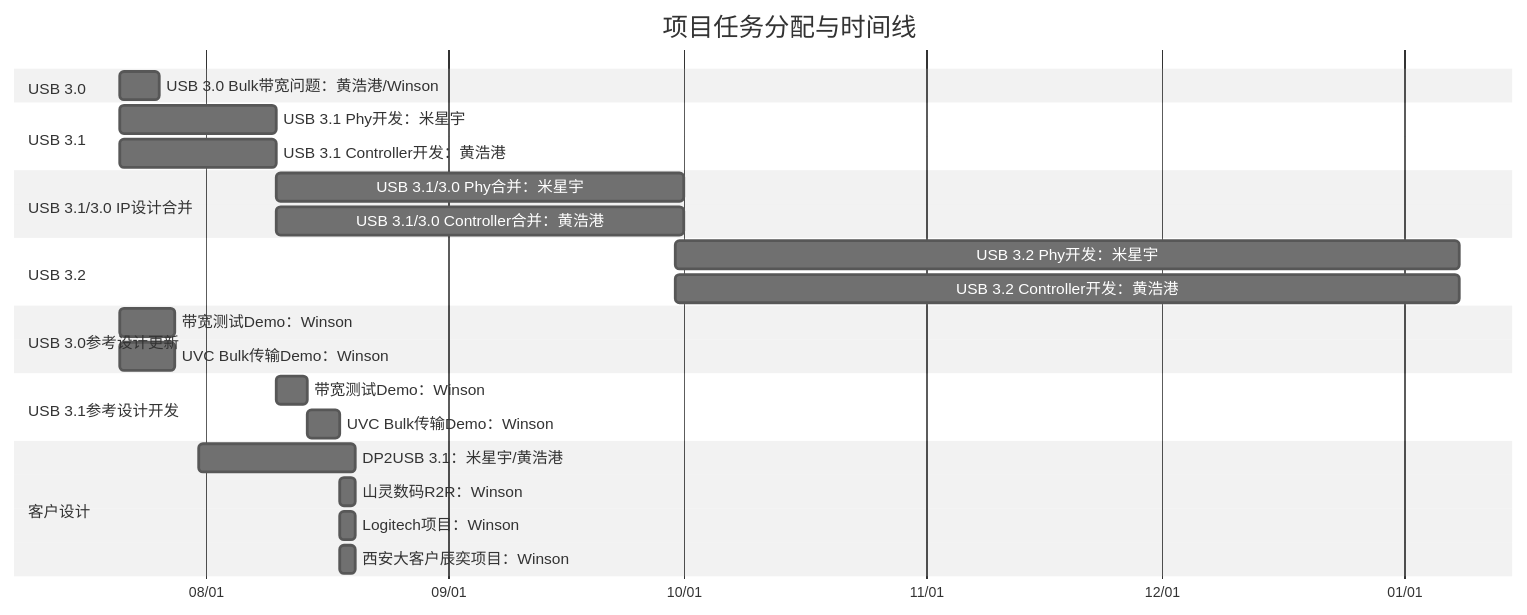
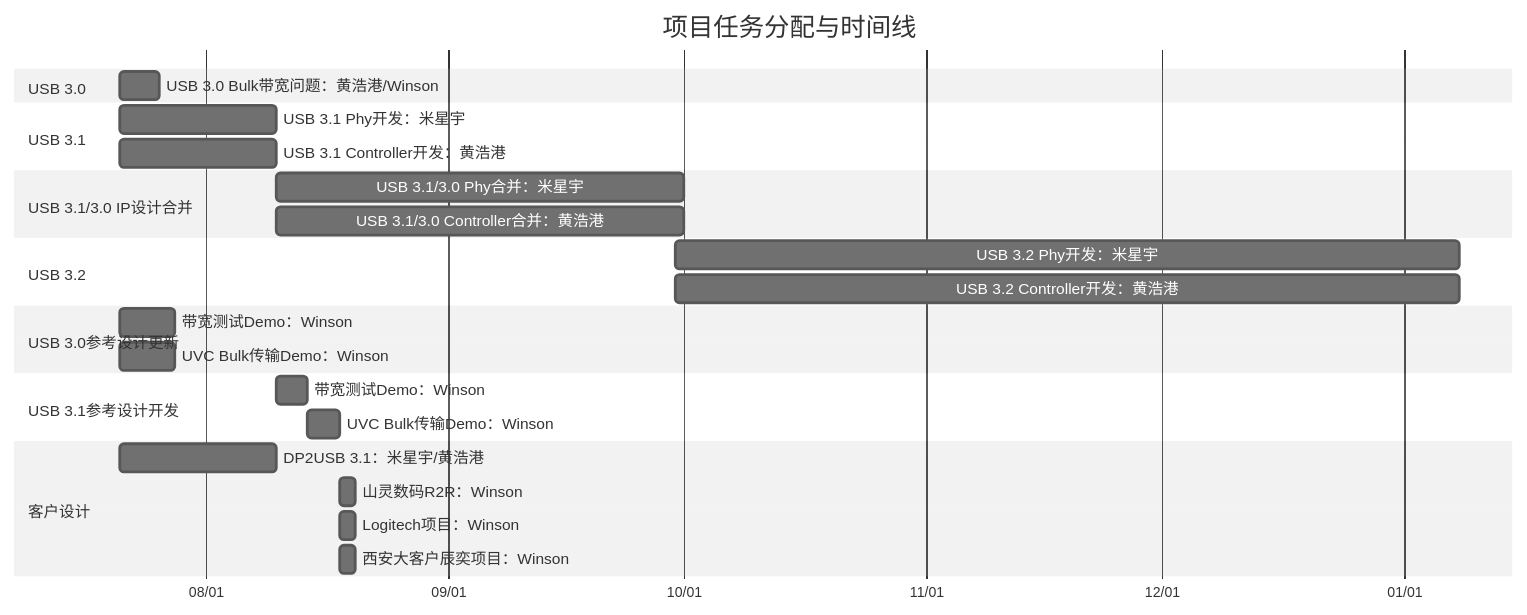
Before and after one commit to winsonbook/iodraw-files: the diagram in all/未命名.md, drawn with Mermaid (neutral theme).

Commit message:
2025-07-21 10:11:37 update

````diff
--- a/all/未命名.md
+++ b/all/未命名.md
@@ -1,35 +1,35 @@
 ```mermaid
 gantt
     title 项目任务分配与时间线
     dateFormat  YYYY-MM-DD
     axisFormat  %m/%d
 
     section USB 3.0
     USB 3.0 Bulk带宽问题：黄浩港/Winson   :    task1, 2025-07-21, 5d
 
     section USB 3.1
     USB 3.1 Phy开发：米星宇      :         task2, 2025-07-21, 20d
     USB 3.1 Controller开发：黄浩港      :  task3, 2025-07-21, 20d
 
     section USB 3.1/3.0 IP设计合并
     USB 3.1/3.0 Phy合并：米星宇       :    task4, 2025-08-10, 52d
     USB 3.1/3.0 Controller合并：黄浩港:    task5, 2025-08-10, 52d
 
     section USB 3.2
     USB 3.2 Phy开发：米星宇      :         task2, 2025-09-30, 100d
     USB 3.2 Controller开发：黄浩港      :  task3, 2025-09-30, 100d
 
     section USB 3.0参考设计更新
     带宽测试Demo：Winson       :         task6, 2025-07-21, 7d
     UVC Bulk传输Demo：Winson   :        task7, 2025-07-21, 7d
 
     section USB 3.1参考设计开发
     带宽测试Demo：Winson       :         task8, 2025-08-10, 4d
     UVC Bulk传输Demo：Winson   :         task9, 2025-08-14, 4d
 
     section 客户设计
-    DP2USB 3.1：米星宇/黄浩港      :task10, 2025-07-31, 20d
+    DP2USB 3.1：米星宇/黄浩港      :task10, 2025-07-21, 20d
     山灵数码R2R：Winson :             task11, 2025-08-18, 2d
     Logitech项目：Winson :            task12, 2025-08-18, 2d
     西安大客户辰奕项目：Winson :       task13, 2025-08-18, 2d
 ```
````
